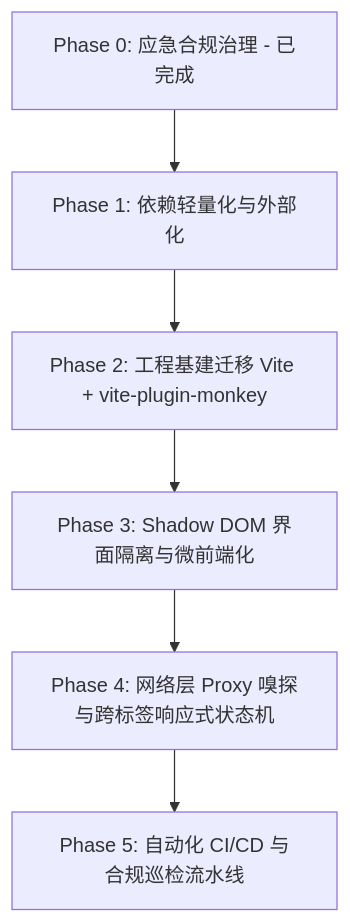
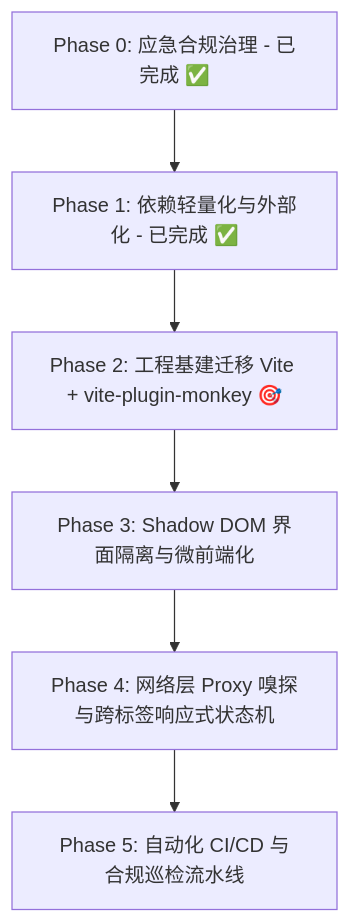
One commit to Chris-C1108/Miss_Player changed the diagram in TODO.md. Above: the diagram before and after it, drawn with Mermaid. The commit also changed other lines of this file and 13 other files, not shown here.

````diff
--- a/TODO.md
+++ b/TODO.md
@@ -9,8 +9,8 @@
 ```mermaid
 flowchart TD
-    P0[Phase 0: 应急合规治理 - 已完成] --> P1[Phase 1: 依赖轻量化与外部化]
-    P1 --> P2[Phase 2: 工程基建迁移 Vite + vite-plugin-monkey]
+    P0[Phase 0: 应急合规治理 - 已完成 ✅] --> P1[Phase 1: 依赖轻量化与外部化 - 已完成 ✅]
+    P1 --> P2[Phase 2: 工程基建迁移 Vite + vite-plugin-monkey 🎯]
     P2 --> P3[Phase 3: Shadow DOM 界面隔离与微前端化]
     P3 --> P4[Phase 4: 网络层 Proxy 嗅探与跨标签响应式状态机]
     P4 --> P5[Phase 5: 自动化 CI/CD 与合规巡检流水线]
 ```
````
